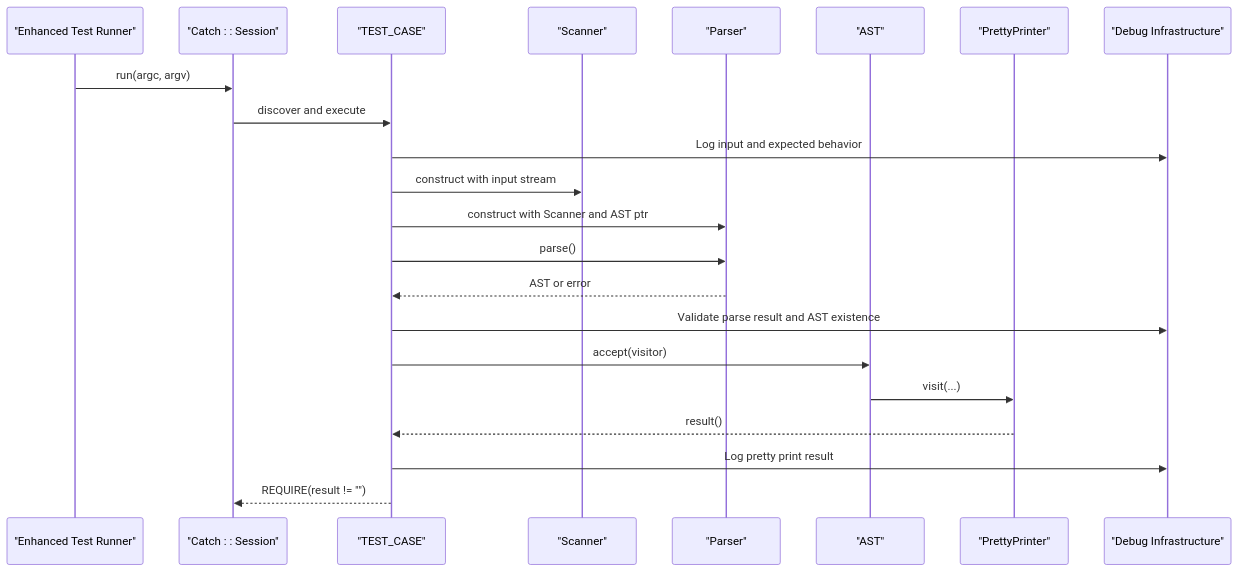
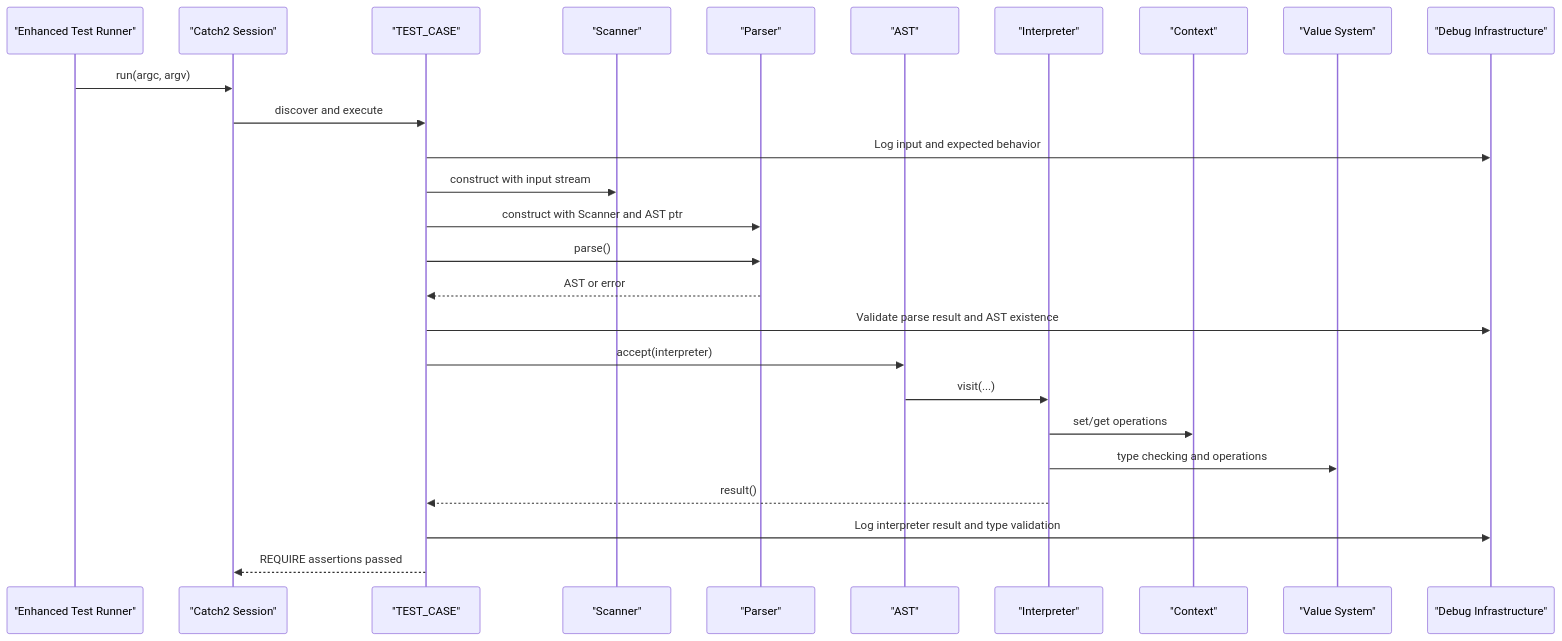
Before and after one commit to littlebirds/modern_bision: the third of 5 diagrams in .qoder/repowiki/en/content/Testing Framework.md, drawn with Mermaid. The commit also changed other lines of this file and 5 other files, not shown here.

````diff
--- a/.qoder/repowiki/en/content/Testing Framework.md
+++ b/.qoder/repowiki/en/content/Testing Framework.md
@@ -207,24 +271,28 @@
 ```mermaid
 sequenceDiagram
 participant Runner as "Enhanced Test Runner"
-participant Session as "Catch : : Session"
+participant Session as "Catch2 Session"
 participant Test as "TEST_CASE"
 participant Scanner as "Scanner"
 participant Parser as "Parser"
 participant AST as "AST"
-participant PP as "PrettyPrinter"
+participant Interpreter as "Interpreter"
+participant Context as "Context"
+participant Value as "Value System"
 participant Debug as "Debug Infrastructure"
 Runner->>Session : run(argc, argv)
 Session->>Test : discover and execute
 Test->>Debug : Log input and expected behavior
 Test->>Scanner : construct with input stream
 Test->>Parser : construct with Scanner and AST ptr
 Test->>Parser : parse()
 Parser-->>Test : AST or error
 Test->>Debug : Validate parse result and AST existence
-Test->>AST : accept(visitor)
-AST->>PP : visit(...)
-PP-->>Test : result()
-Test->>Debug : Log pretty print result
-Test-->>Session : REQUIRE(result != "")
+Test->>AST : accept(interpreter)
+AST->>Interpreter : visit(...)
+Interpreter->>Context : set/get operations
+Interpreter->>Value : type checking and operations
+Interpreter-->>Test : result()
+Test->>Debug : Log interpreter result and type validation
+Test-->>Session : REQUIRE assertions passed
 ```
````
